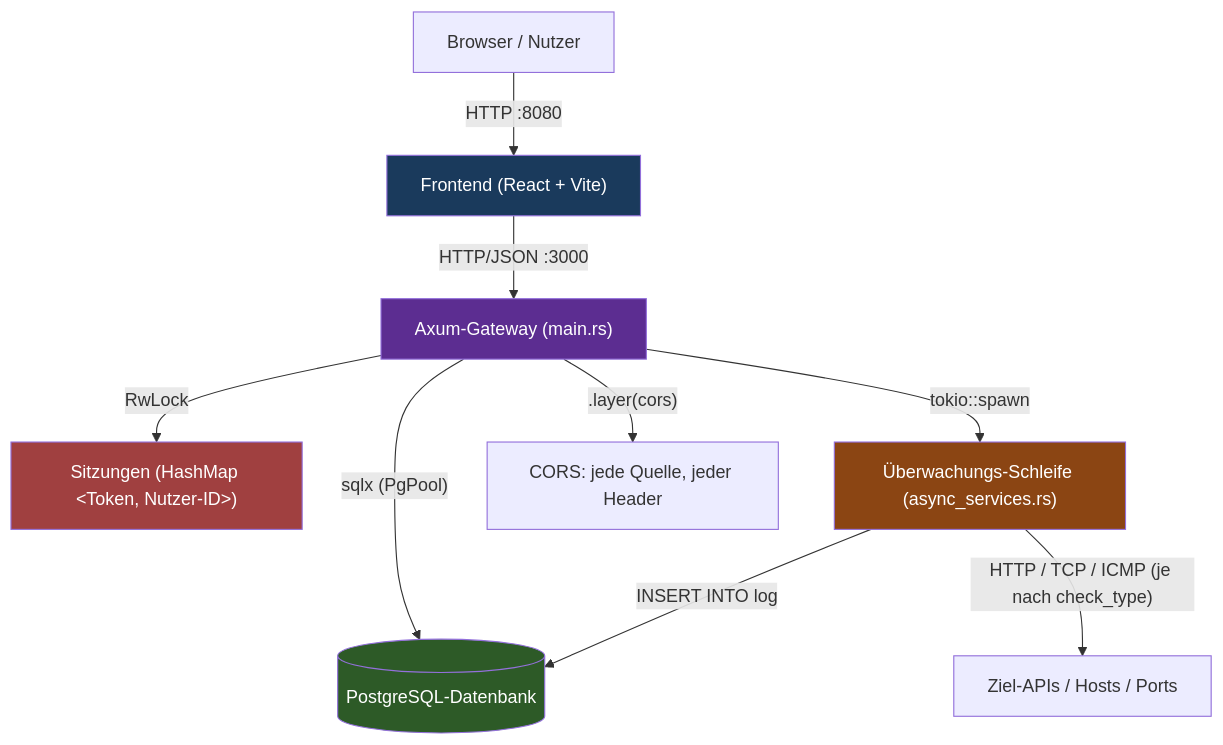
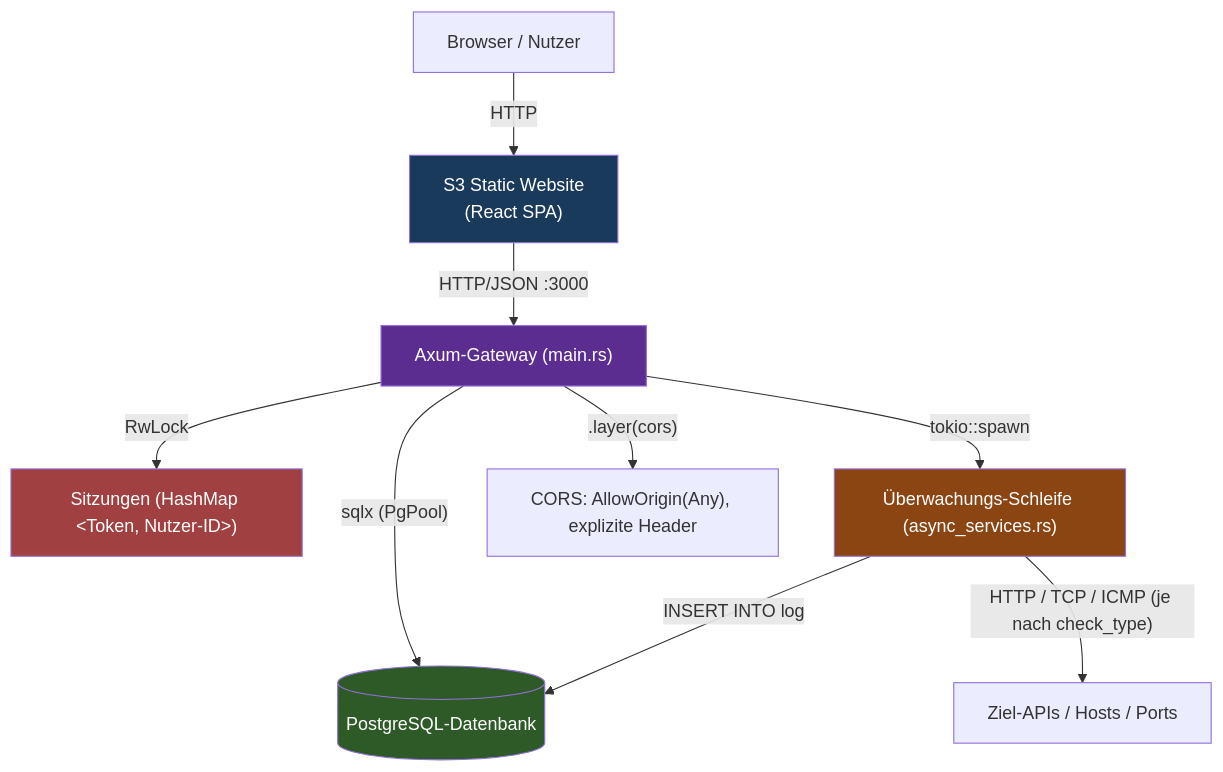
The first of 10 diagrams in explain-canvas.md (DevDaio/ACM_API-Connection-Monitor), drawn with Mermaid before and after one commit. The commit also changed other lines of this file and 7 other files, not shown here.

````diff
--- a/explain-canvas.md
+++ b/explain-canvas.md
@@ -9,17 +9,17 @@
 ```mermaid
 graph TD
-    U["Browser / Nutzer"] -->|"HTTP :8080"| FE["Frontend (React + Vite)"]
+    U["Browser / Nutzer"] -->|"HTTP"| FE["S3 Static Website<br/>(React SPA)"]
     FE -->|"HTTP/JSON :3000"| GW["Axum-Gateway (main.rs)"]
     GW -->|"sqlx (PgPool)"| DB[("PostgreSQL-Datenbank")]
     GW -->|"RwLock"| SESS["Sitzungen (HashMap &lt;Token, Nutzer-ID&gt;)"]
     GW -->|"tokio::spawn"| ML["Überwachungs-Schleife (async_services.rs)"]
     ML -->|"HTTP / TCP / ICMP (je nach check_type)"| TGT["Ziel-APIs / Hosts / Ports"]
     ML -->|"INSERT INTO log"| DB
-    GW -->|".layer(cors)"| CORS["CORS: jede Quelle, jeder Header"]
+    GW -->|".layer(cors)"| CORS["CORS: AllowOrigin(Any), explizite Header"]
 
     style FE fill:#1a3a5c,color:#fff
     style GW fill:#5c2d91,color:#fff
     style DB fill:#2d5a27,color:#fff
     style ML fill:#8b4513,color:#fff
     style SESS fill:#a04040,color:#fff
 ```
````
